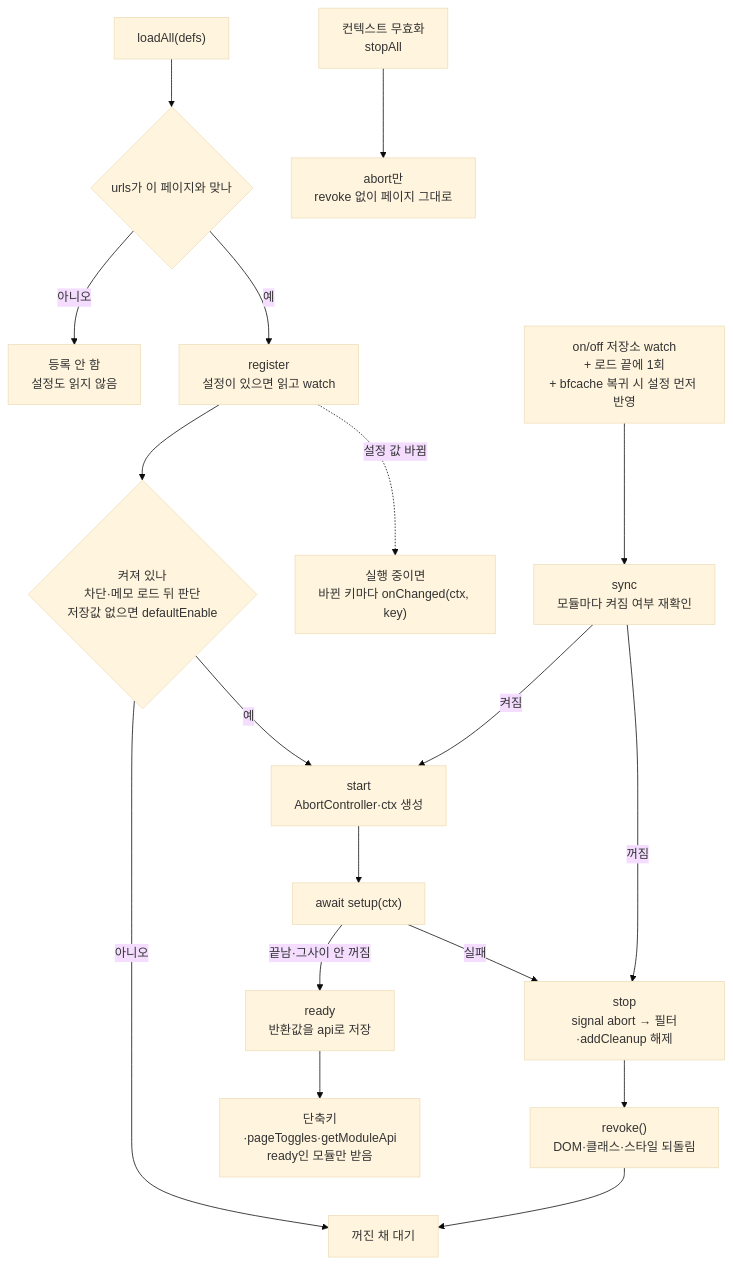
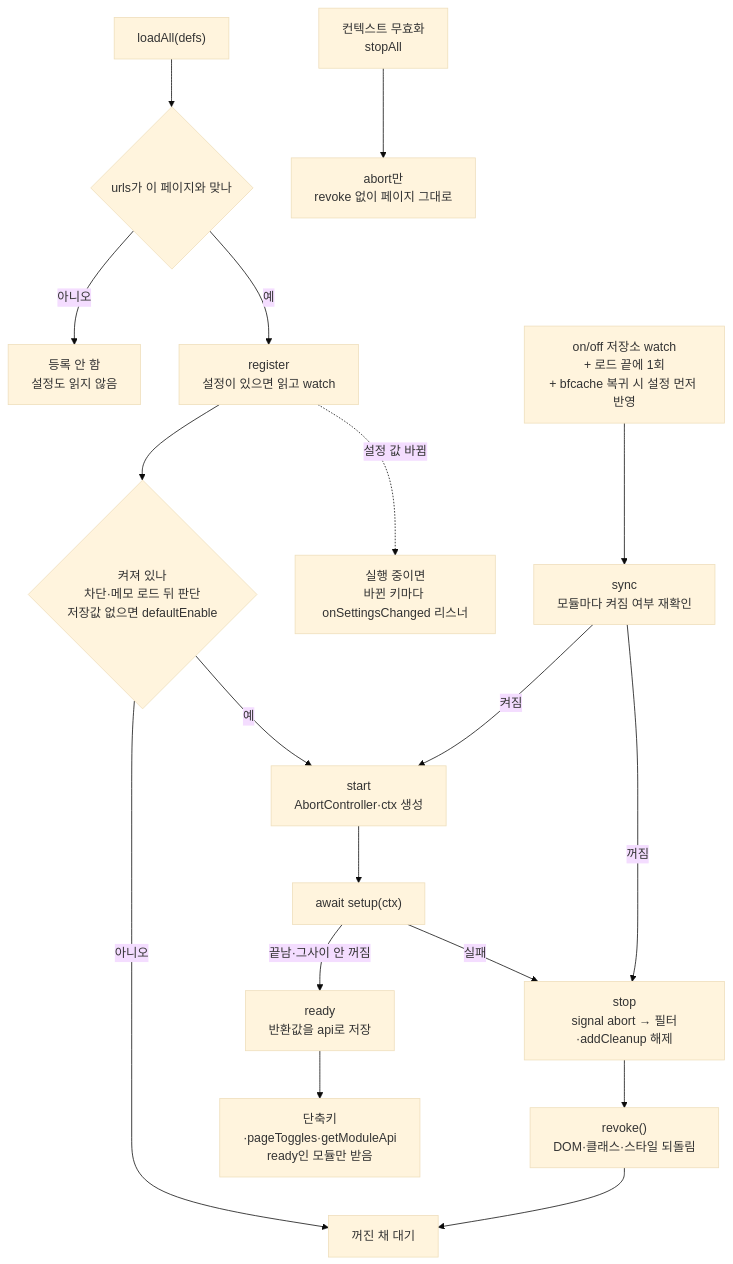
The third of 6 diagrams in docs/DEVELOPMENT.md (green1052/DCRefresher-Reborn), drawn with Mermaid (base theme) before and after one commit. The commit also changed other lines of this file and 14 other files, not shown here.

````diff
--- a/docs/DEVELOPMENT.md
+++ b/docs/DEVELOPMENT.md
@@ -258,20 +260,20 @@
 ```mermaid
 flowchart TD
     A["loadAll(defs)"] --> B{"urls가 이 페이지와 맞나"}
     B -->|"아니오"| X["등록 안 함<br>설정도 읽지 않음"]
     B -->|"예"| C["register<br>설정이 있으면 읽고 watch"]
     C --> D{"켜져 있나<br>차단·메모 로드 뒤 판단<br>저장값 없으면 defaultEnable"}
     D -->|"아니오"| OFF["꺼진 채 대기"]
     D -->|"예"| S["start<br>AbortController·ctx 생성"]
     S --> SU["await setup(ctx)"]
     SU -->|"끝남·그사이 안 꺼짐"| R["ready<br>반환값을 api로 저장"]
     SU -->|"실패"| STOP
     R --> USE["단축키·pageToggles·getModuleApi<br>ready인 모듈만 받음"]
-    C -.->|"설정 값 바뀜"| OC["실행 중이면<br>바뀐 키마다 onChanged(ctx, key)"]
+    C -.->|"설정 값 바뀜"| OC["실행 중이면<br>바뀐 키마다 onSettingsChanged 리스너"]
     W["on/off 저장소 watch<br>+ 로드 끝에 1회<br>+ bfcache 복귀 시 설정 먼저 반영"] --> SY["sync<br>모듈마다 켜짐 여부 재확인"]
     SY -->|"켜짐"| S
     SY -->|"꺼짐"| STOP["stop<br>signal abort → 필터·addCleanup 해제"]
     STOP --> RV["revoke()<br>DOM·클래스·스타일 되돌림"]
     RV --> OFF
     INV["컨텍스트 무효화<br>stopAll"] --> AB["abort만<br>revoke 없이 페이지 그대로"]
 ```
````
